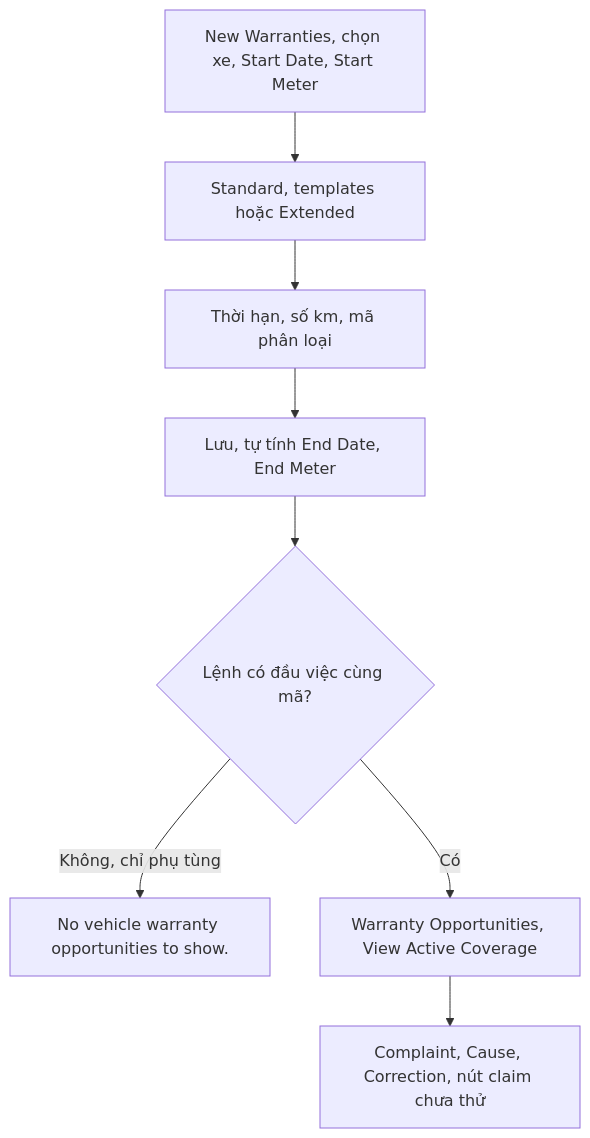
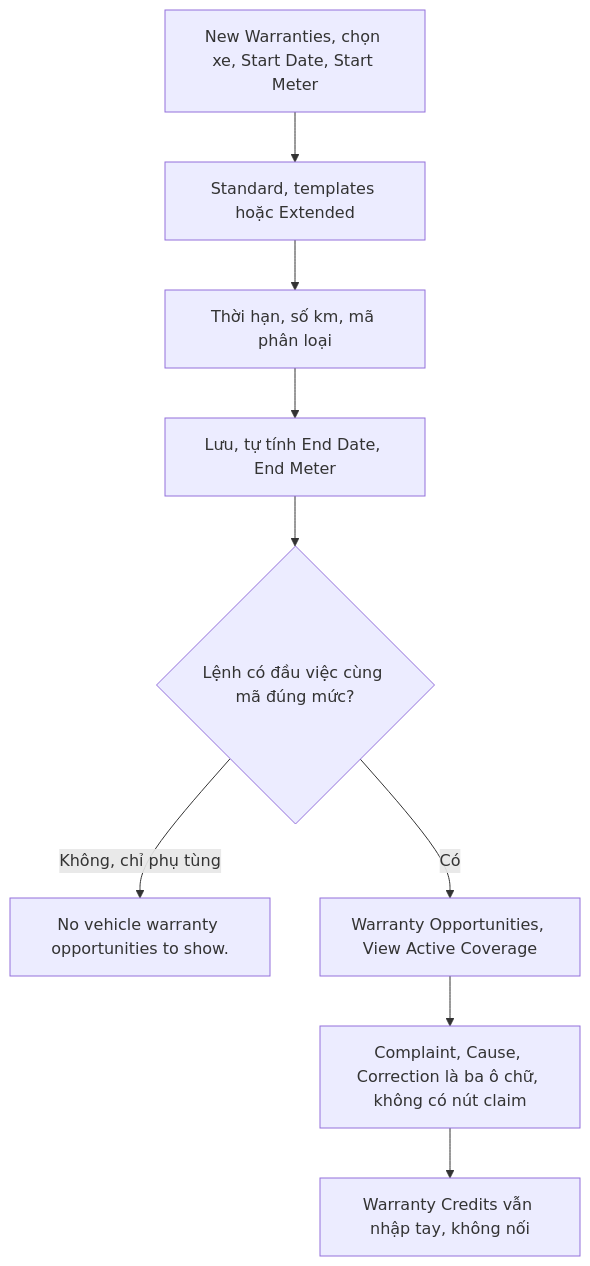
One commit to szitphan/invlogis changed diagram 16 of 25 in docs/_research/fleetio/srs/fleetio-repair-flows.md. Above: the diagram before and after it, drawn with Mermaid. The commit also changed other lines of this file and 113 other files, not shown here.

````diff
--- a/docs/_research/fleetio/srs/fleetio-repair-flows.md
+++ b/docs/_research/fleetio/srs/fleetio-repair-flows.md
@@ -332,10 +355,11 @@
 ```mermaid
 flowchart TD
     A["New Warranties, chọn xe, Start Date, Start Meter"] --> B["Standard, templates hoặc Extended"]
     B --> C["Thời hạn, số km, mã phân loại"]
     C --> D["Lưu, tự tính End Date, End Meter"]
-    D --> E{"Lệnh có đầu việc cùng mã?"}
+    D --> E{"Lệnh có đầu việc cùng mã đúng mức?"}
     E -->|"Không, chỉ phụ tùng"| F["No vehicle warranty opportunities to show."]
     E -->|"Có"| G["Warranty Opportunities, View Active Coverage"]
-    G --> H["Complaint, Cause, Correction, nút claim chưa thử"]
+    G --> H["Complaint, Cause, Correction là ba ô chữ, không có nút claim"]
+    H --> I["Warranty Credits vẫn nhập tay, không nối"]
 ```
````
